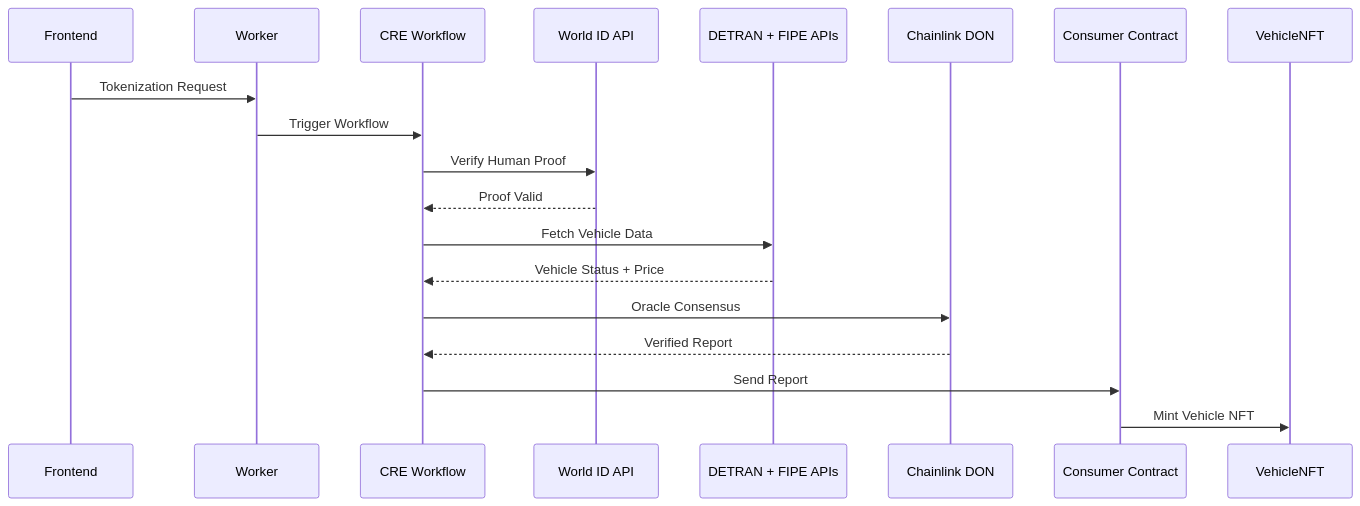
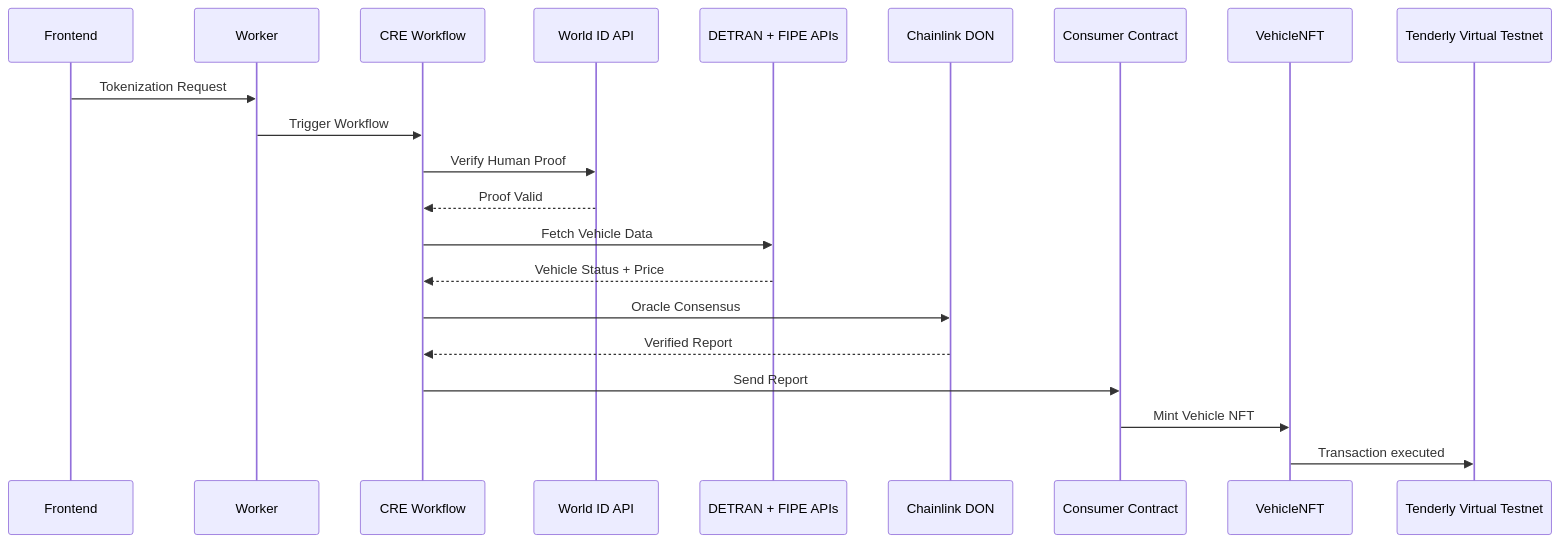
One commit to luizoamorim/rwa-chainlink-convergence changed the second of 2 diagrams in README_ARCHITECTURE.md. Above: the diagram before and after it, drawn with Mermaid. The commit also changed other lines of this file and 1 other file, not shown here.

````diff
--- a/README_ARCHITECTURE.md
+++ b/README_ARCHITECTURE.md
@@ -141,32 +146,35 @@
 ```mermaid
 sequenceDiagram
 
 participant FE as Frontend
 participant API as Worker
 participant CRE as CRE Workflow
 participant WorldID as World ID API
 participant Oracle as DETRAN + FIPE APIs
 participant DON as Chainlink DON
 participant Consumer as Consumer Contract
 participant NFT as VehicleNFT
+participant Chain as Tenderly Virtual Testnet
 
 FE->>API: Tokenization Request
 
 API->>CRE: Trigger Workflow
 
 CRE->>WorldID: Verify Human Proof
 
 WorldID-->>CRE: Proof Valid
 
 CRE->>Oracle: Fetch Vehicle Data
 
 Oracle-->>CRE: Vehicle Status + Price
 
 CRE->>DON: Oracle Consensus
 
 DON-->>CRE: Verified Report
 
 CRE->>Consumer: Send Report
 
 Consumer->>NFT: Mint Vehicle NFT
+
+NFT->>Chain: Transaction executed
 ```
````
